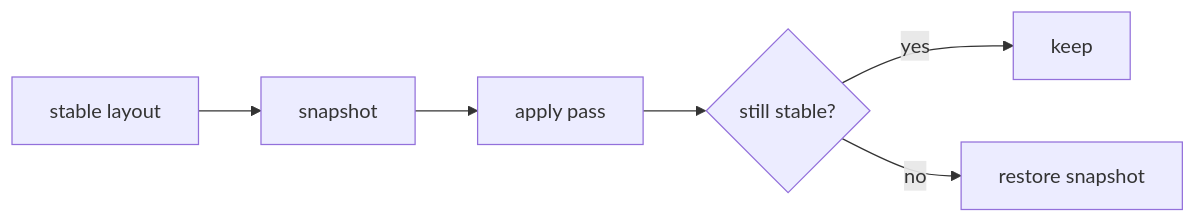
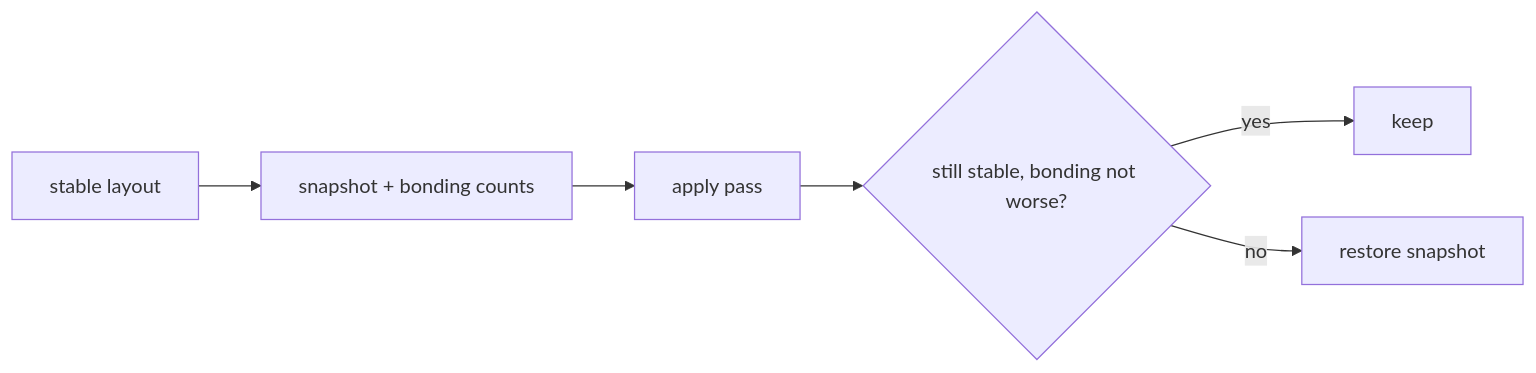
Before and after one commit to hbmartin/legolization: the second of 2 diagrams in docs/theory/pipeline.md, drawn with Mermaid. The commit also changed other lines of this file and 15 other files, not shown here.

````diff
--- a/docs/theory/pipeline.md
+++ b/docs/theory/pipeline.md
@@ -127,8 +129,8 @@
 ```mermaid
 flowchart LR
-    A["stable layout"] --> B["snapshot"]
+    A["stable layout"] --> B["snapshot + bonding counts"]
     B --> C["apply pass"]
-    C --> D{"still stable?"}
+    C --> D{"still stable, bonding not worse?"}
     D -- yes --> E["keep"]
     D -- no --> F["restore snapshot"]
 ```
````
